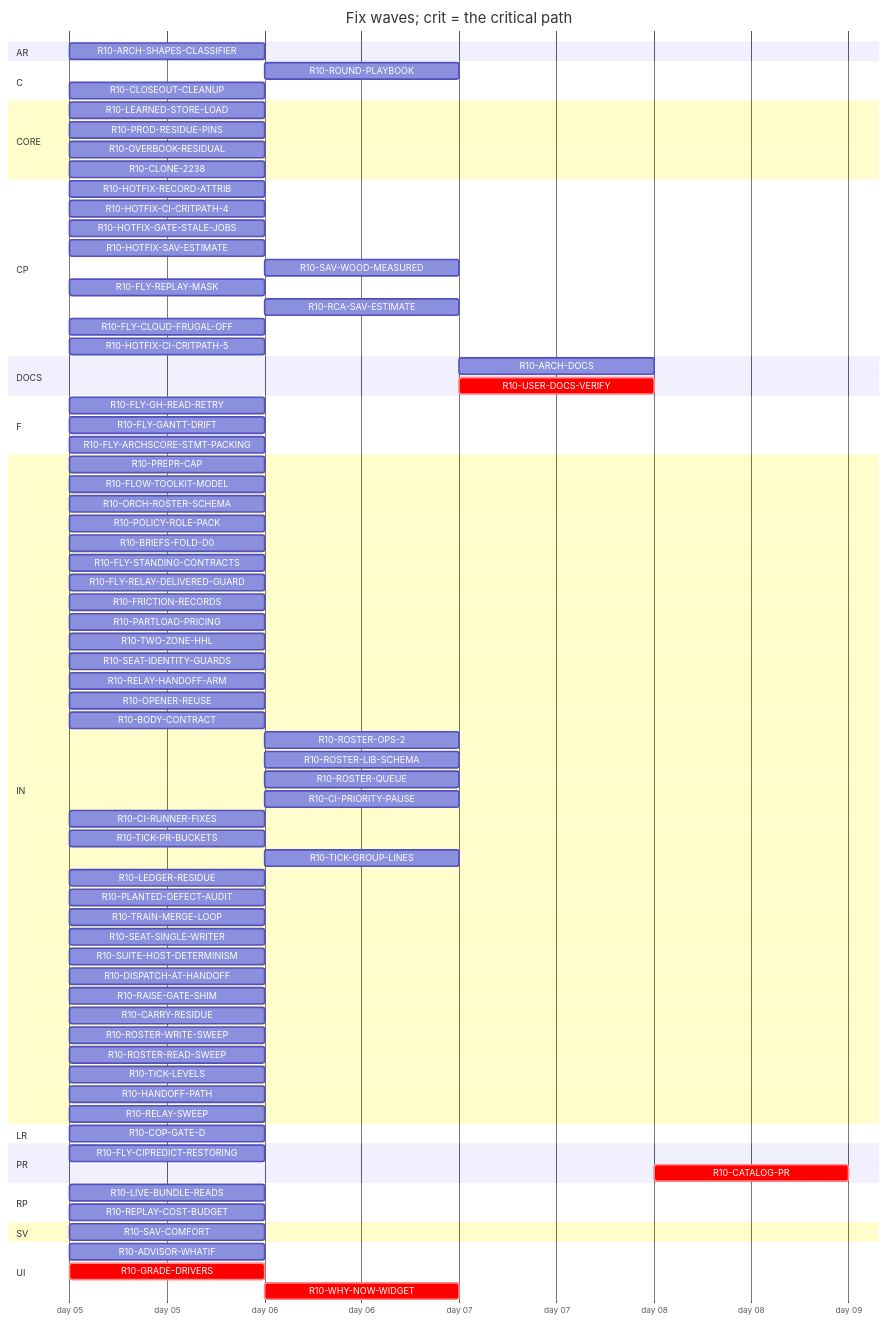
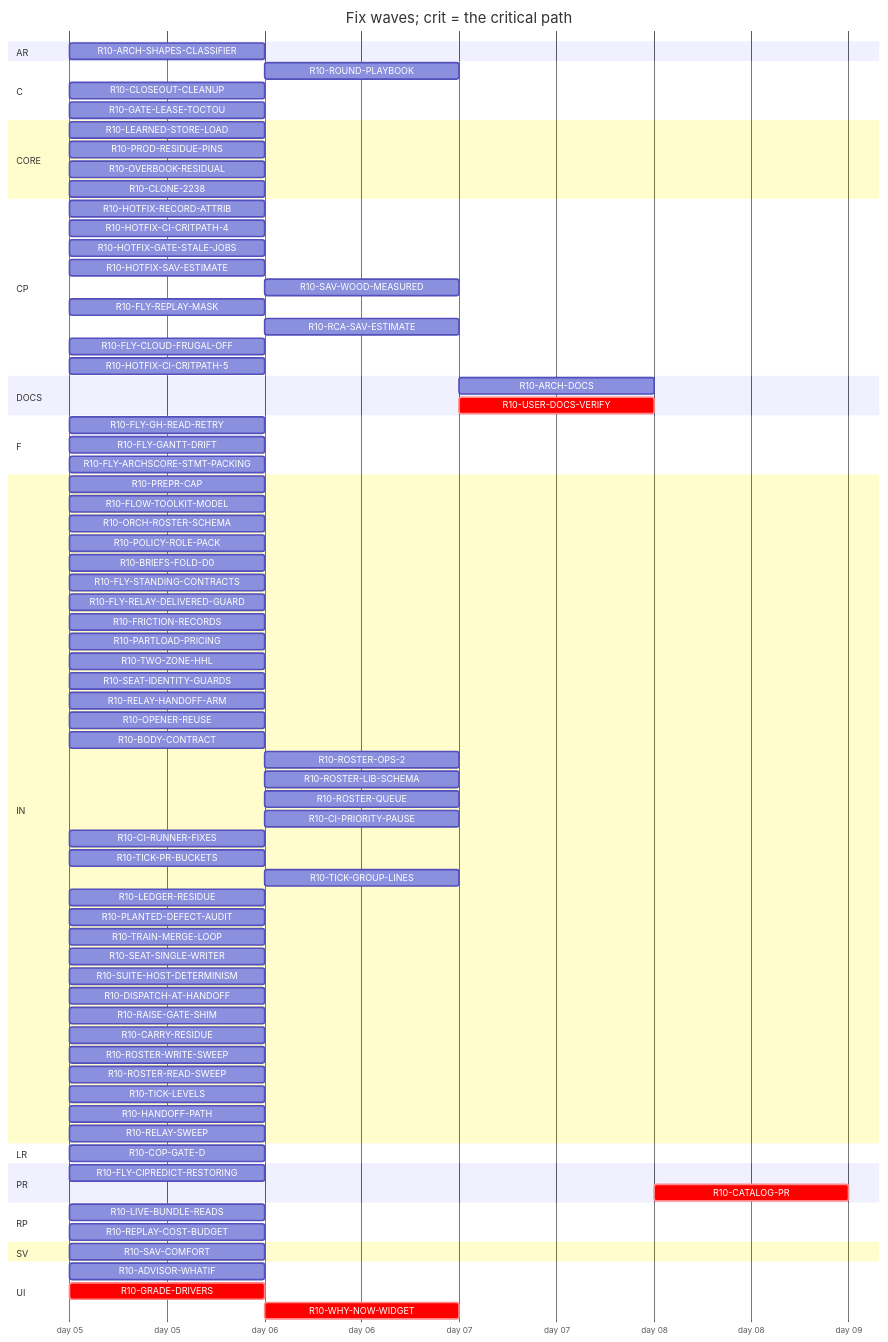
Before and after one commit to tvofi/heatpump_optimizer: the diagram in handoff/round10/state/PLAN-TABLE.md, drawn with Mermaid. The commit also changed other lines of this file and 4 other files, not shown here.

Commit message:
state: FLOW-BOARD.md, NEXT-SESSION-PROMPT.md, PLAN-TABLE.md, PLAN.html, RESUME-CURRENT.md regenerated (state_docs.py)

```diff
--- a/handoff/round10/state/PLAN-TABLE.md
+++ b/handoff/round10/state/PLAN-TABLE.md
@@ -32,6 +32,7 @@
   section C
     R10-ROUND-PLAYBOOK :r10ROUNDPLAYBOOK, after r10PREPRCAP r10HANDOFFPATH r10RELAYSWEEP r10TRAINMERGELOOP r10DISPATCHATHANDOFF r10BODYCONTRACT r10TICKLEVELS r10CIPRIORITYPAUSE r10ROSTERWRITESWEEP r10ROSTERREADSWEEP r10FLYSTANDINGCONTRACTS r10POLICYROLEPACK r10FRICTIONRECORDS r10FLOWTOOLKITMODEL r10SEATIDENTITYGUARDS r10LEDGERRESIDUE r10CIRUNNERFIXES r10FLYCIPREDICTRESTORING r10RAISEGATESHIM r10PLANTEDDEFECTAUDIT r10FLYGHREADRETRY r10SUITEHOSTDETERMINISM, 1d
     R10-CLOSEOUT-CLEANUP :r10CLOSEOUTCLEANUP, 2026-01-05, 1d
+    R10-GATE-LEASE-TOCTOU :r10GATELEASETOCTOU, 2026-01-05, 1d
   section CORE
     R10-LEARNED-STORE-LOAD :r10LEARNEDSTORELOAD, 2026-01-05, 1d
     R10-PROD-RESIDUE-PINS :r10PRODRESIDUEPINS, 2026-01-05, 1d
```
